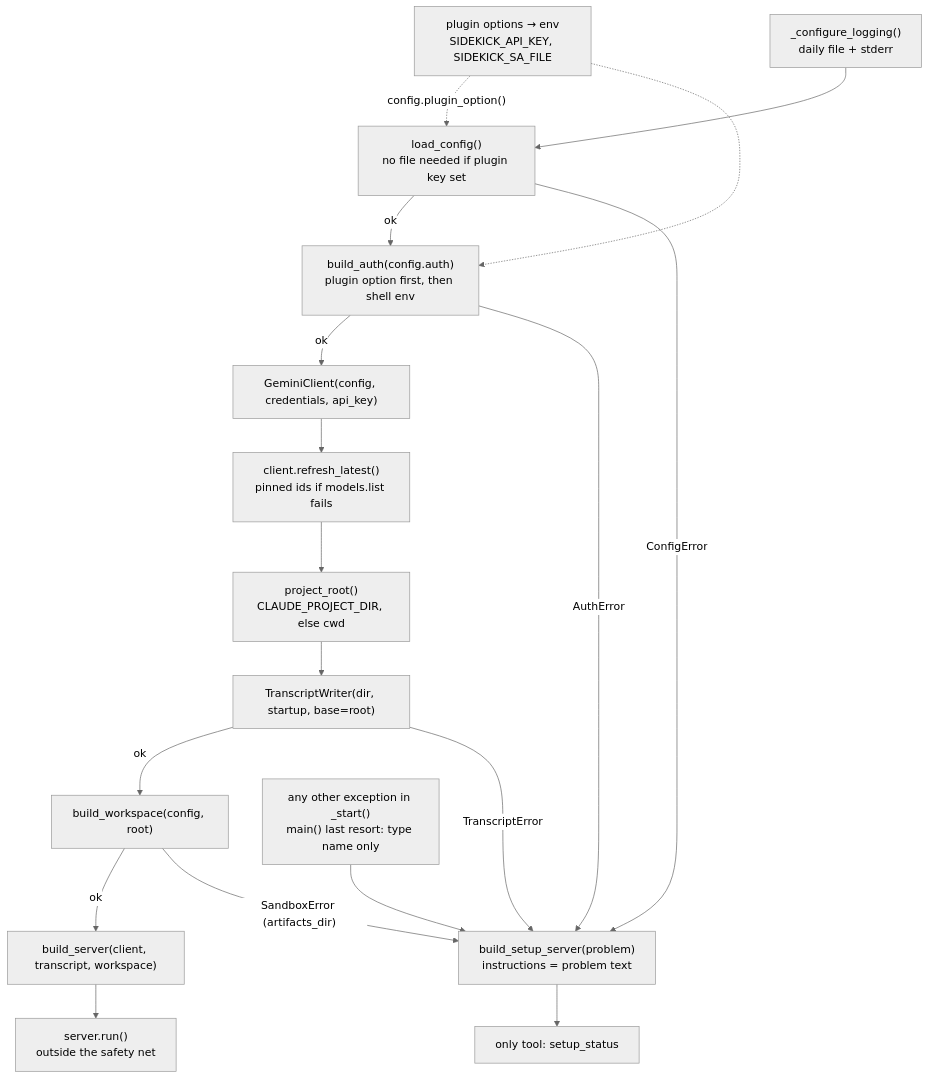
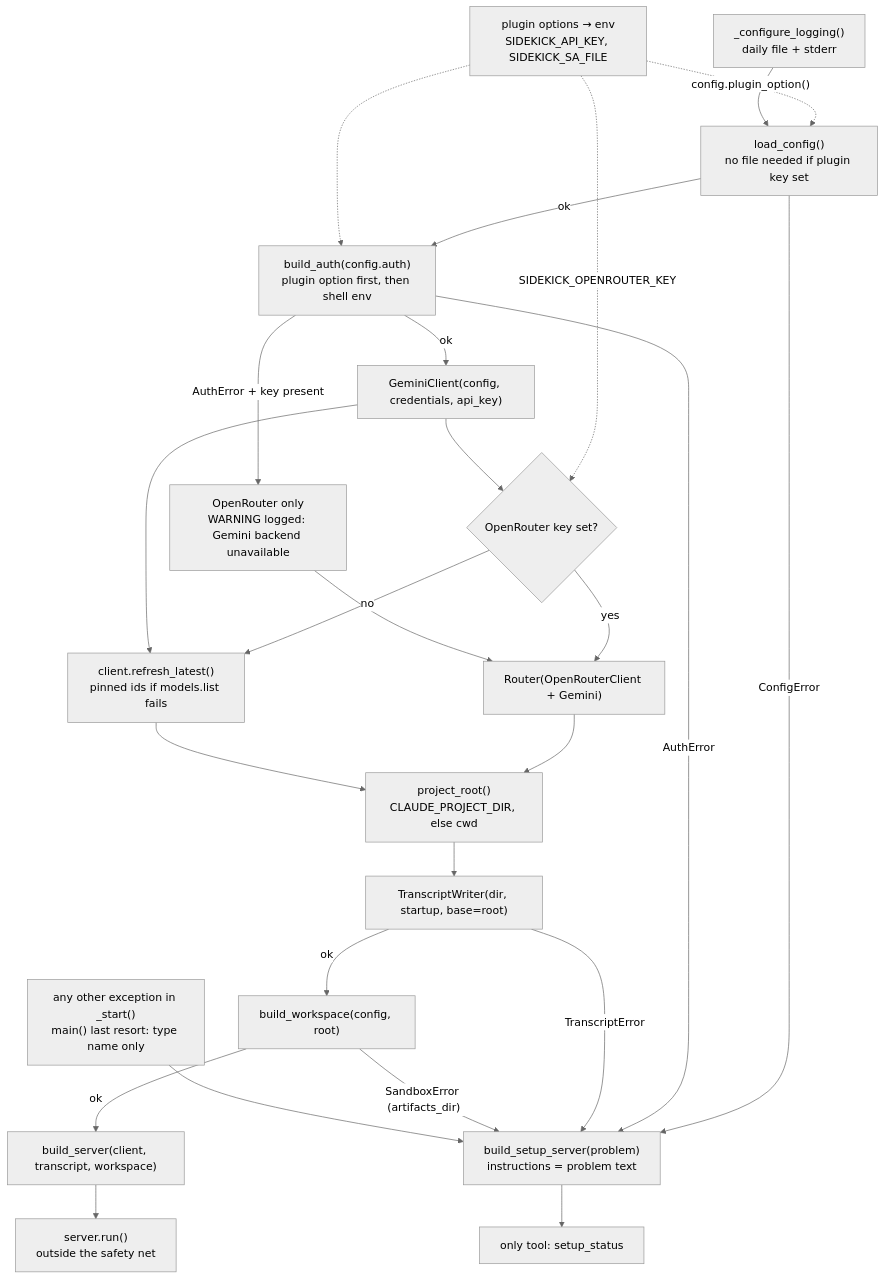
The diagram in docs/diagrams/startup.mermaid (FlintAndFilament/sidekick), drawn with Mermaid (neutral theme) before and after one commit. The commit also changed 15 other files, not shown here.

First line of the commit message:
docs: OpenRouter backend: plugin description, auth, configuration, tools, diagrams

```diff
--- a/docs/diagrams/startup.mermaid
+++ b/docs/diagrams/startup.mermaid
@@ -1,19 +1,26 @@
 flowchart TD
     ENV["plugin options → env<br/>SIDEKICK_API_KEY, SIDEKICK_SA_FILE"] -.->|"config.plugin_option()"| CFG
     LOG["_configure_logging()<br/>daily file + stderr"] --> CFG["load_config()<br/>no file needed if plugin key set"]
     CFG -->|ok| AUTH["build_auth(config.auth)<br/>plugin option first, then shell env"]
     ENV -.-> AUTH
     AUTH -->|ok| CL["GeminiClient(config, credentials, api_key)"]
+    ENV -.->|"SIDEKICK_OPENROUTER_KEY"| ORK{"OpenRouter key set?"}
+    CL --> ORK
+    ORK -->|yes| RT["Router(OpenRouterClient + Gemini)"]
+    AUTH -->|"AuthError + key present"| ORO["OpenRouter only<br/>WARNING logged: Gemini backend unavailable"]
+    ORO --> RT
+    RT --> ROOT
+    ORK -->|no| LAT
     CL --> LAT["client.refresh_latest()<br/>pinned ids if models.list fails"]
     LAT --> ROOT["project_root()<br/>CLAUDE_PROJECT_DIR, else cwd"]
     ROOT --> TR["TranscriptWriter(dir, startup, base=root)"]
     TR -->|ok| WS["build_workspace(config, root)"]
     WS -->|ok| SRV["build_server(client, transcript, workspace)"]
     SRV --> RUN["server.run()<br/>outside the safety net"]
 
     CFG -->|ConfigError| SETUP
     AUTH -->|AuthError| SETUP
     TR -->|TranscriptError| SETUP
     WS -->|"SandboxError (artifacts_dir)"| SETUP
     ANY["any other exception in _start()<br/>main() last resort: type name only"] --> SETUP
     SETUP["build_setup_server(problem)<br/>instructions = problem text"] --> ST["only tool: setup_status"]
```
